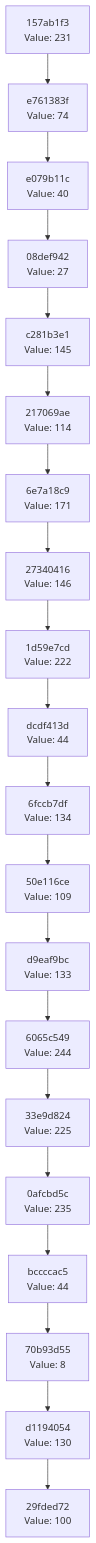
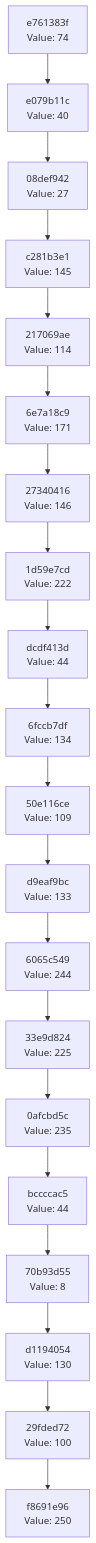
One commit to Abhisheksinha1506/hash-chain-evolver changed the diagram in docs/CHAIN_VISUALIZATION.md. Above: the diagram before and after it, drawn with Mermaid. The commit also changed 2 other files, not shown here.

Commit message:
Evolution Step

````diff
--- a/docs/CHAIN_VISUALIZATION.md
+++ b/docs/CHAIN_VISUALIZATION.md
@@ -3,42 +3,42 @@
 ```mermaid
 graph TD
-    C0["29fded72<br/>Value: 100"]
-    C1["d1194054<br/>Value: 130"]
+    C0["f8691e96<br/>Value: 250"]
+    C1["29fded72<br/>Value: 100"]
     C1 --> C0
-    C2["70b93d55<br/>Value: 8"]
+    C2["d1194054<br/>Value: 130"]
     C2 --> C1
-    C3["bccccac5<br/>Value: 44"]
+    C3["70b93d55<br/>Value: 8"]
     C3 --> C2
-    C4["0afcbd5c<br/>Value: 235"]
+    C4["bccccac5<br/>Value: 44"]
     C4 --> C3
-    C5["33e9d824<br/>Value: 225"]
+    C5["0afcbd5c<br/>Value: 235"]
     C5 --> C4
-    C6["6065c549<br/>Value: 244"]
+    C6["33e9d824<br/>Value: 225"]
     C6 --> C5
-    C7["d9eaf9bc<br/>Value: 133"]
+    C7["6065c549<br/>Value: 244"]
     C7 --> C6
-    C8["50e116ce<br/>Value: 109"]
+    C8["d9eaf9bc<br/>Value: 133"]
     C8 --> C7
-    C9["6fccb7df<br/>Value: 134"]
+    C9["50e116ce<br/>Value: 109"]
     C9 --> C8
-    C10["dcdf413d<br/>Value: 44"]
+    C10["6fccb7df<br/>Value: 134"]
     C10 --> C9
-    C11["1d59e7cd<br/>Value: 222"]
+    C11["dcdf413d<br/>Value: 44"]
     C11 --> C10
-    C12["27340416<br/>Value: 146"]
+    C12["1d59e7cd<br/>Value: 222"]
     C12 --> C11
-    C13["6e7a18c9<br/>Value: 171"]
+    C13["27340416<br/>Value: 146"]
     C13 --> C12
-    C14["217069ae<br/>Value: 114"]
+    C14["6e7a18c9<br/>Value: 171"]
     C14 --> C13
-    C15["c281b3e1<br/>Value: 145"]
+    C15["217069ae<br/>Value: 114"]
     C15 --> C14
-    C16["08def942<br/>Value: 27"]
+    C16["c281b3e1<br/>Value: 145"]
     C16 --> C15
-    C17["e079b11c<br/>Value: 40"]
+    C17["08def942<br/>Value: 27"]
     C17 --> C16
-    C18["e761383f<br/>Value: 74"]
+    C18["e079b11c<br/>Value: 40"]
     C18 --> C17
-    C19["157ab1f3<br/>Value: 231"]
+    C19["e761383f<br/>Value: 74"]
     C19 --> C18
 ```
````
